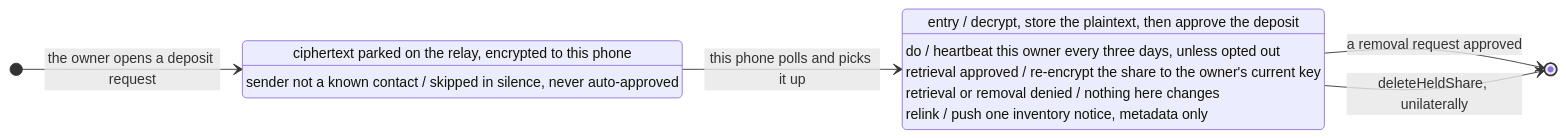
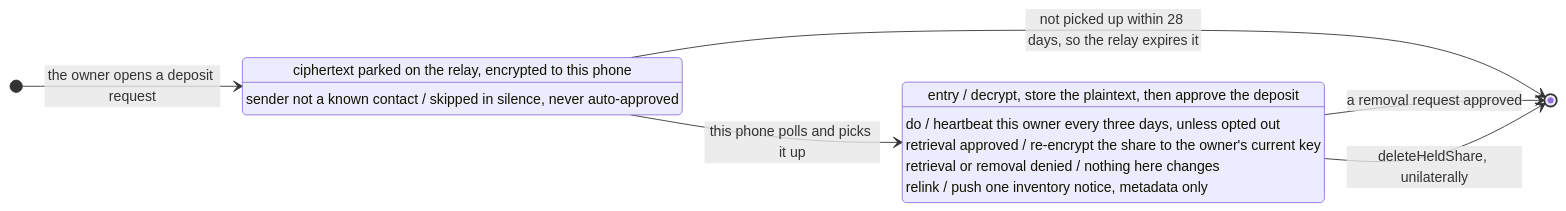
The third of 4 diagrams in docs/lifecycles.md (Deposplit/deposplit.com), drawn with Mermaid before and after one commit. The commit also changed other lines of this file and 20 other files, not shown here.

````diff
--- a/docs/lifecycles.md
+++ b/docs/lifecycles.md
@@ -162,16 +163,17 @@
 ```mermaid
 stateDiagram-v2
     direction LR
     [*] --> InTransit : the owner opens a deposit request
     InTransit --> Held : this phone polls and picks it up
+    InTransit --> [*] : not picked up within 28 days, so the relay expires it
     Held --> [*] : a removal request approved
     Held --> [*] : deleteHeldShare, unilaterally
 
     InTransit : ciphertext parked on the relay, encrypted to this phone
     InTransit : sender not a known contact / skipped in silence, never auto-approved
     Held : entry / decrypt, store the plaintext, then approve the deposit
     Held : do / heartbeat this owner every three days, unless opted out
     Held : retrieval approved / re-encrypt the share to the owner's current key
     Held : retrieval or removal denied / nothing here changes
     Held : relink / push one inventory notice, metadata only
 ```
````
